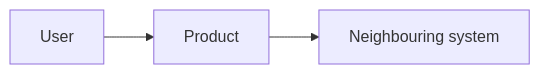
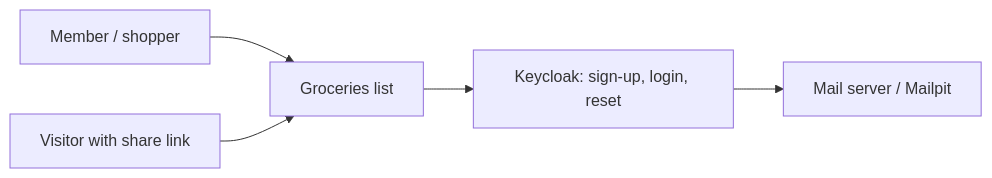
The diagram in docs/architecture/03-context-and-scope.md (mremolt/groceries-list), drawn with Mermaid before and after one commit. The commit also changed other lines of this file and 28 other files, not shown here.

````diff
--- a/docs/architecture/03-context-and-scope.md
+++ b/docs/architecture/03-context-and-scope.md
@@ -7,5 +5,7 @@
 ```mermaid
 flowchart LR
-  user[User] --> product[Product]
-  product --> neighbour[Neighbouring system]
+  member[Member / shopper] --> app[Groceries list]
+  visitor[Visitor with share link] --> app
+  app --> idp[Keycloak: sign-up, login, reset]
+  idp --> mail[Mail server / Mailpit]
 ```
````
